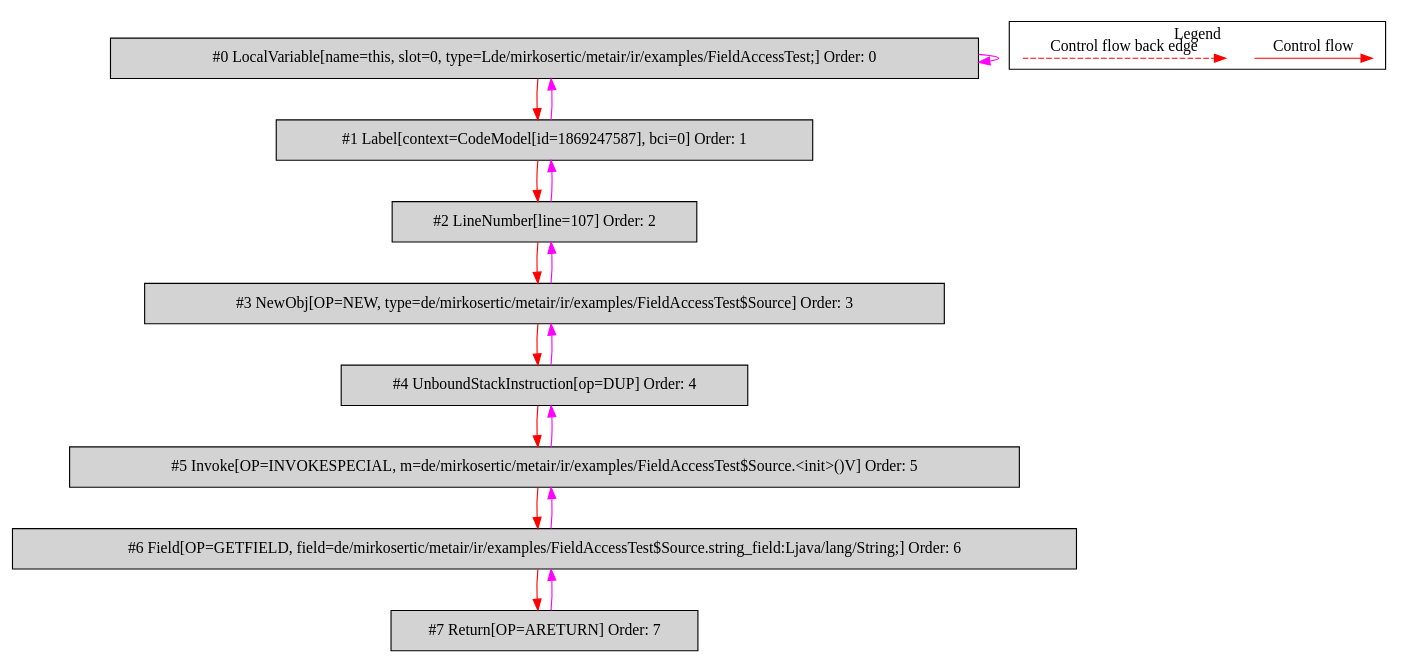
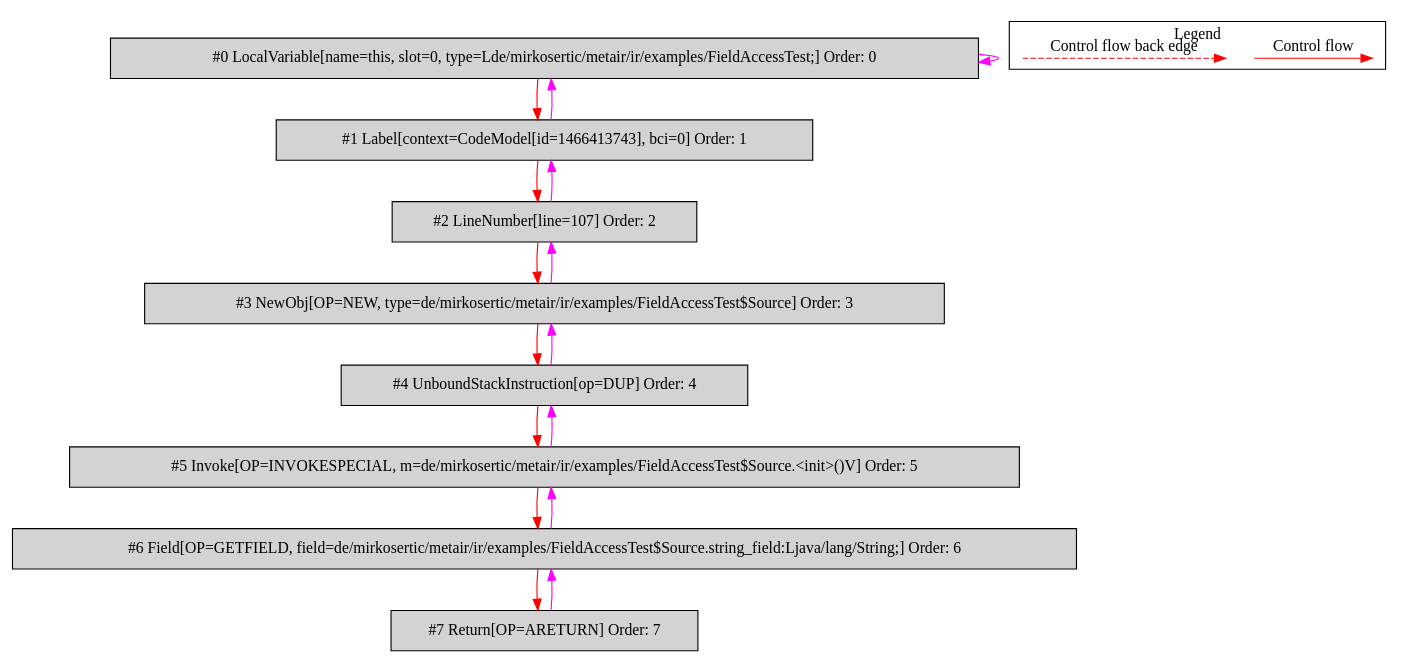
Before and after one commit to mirkosertic/MetaIR: the diagram in de.mirkosertic.metair.ir.examples.FieldAccessTest/return_string/bytecodecfg.dot, drawn with Graphviz. The commit also changed 1231 other files, not shown here.

```diff
--- a/de.mirkosertic.metair.ir.examples.FieldAccessTest/return_string/bytecodecfg.dot
+++ b/de.mirkosertic.metair.ir.examples.FieldAccessTest/return_string/bytecodecfg.dot
@@ -1,40 +1,40 @@
 digraph {
  ordering="in";
  node0[label="#0 LocalVariable[name=this, slot=0, type=Lde/mirkosertic/metair/ir/examples/FieldAccessTest;] Order: 0", shape=box, fillcolor=lightgrey, style=filled];
- node1[label="#1 Label[context=CodeModel[id=1869247587], bci=0] Order: 1", shape=box, fillcolor=lightgrey, style=filled];
+ node1[label="#1 Label[context=CodeModel[id=1466413743], bci=0] Order: 1", shape=box, fillcolor=lightgrey, style=filled];
  node2[label="#2 LineNumber[line=107] Order: 2", shape=box, fillcolor=lightgrey, style=filled];
  node3[label="#3 NewObj[OP=NEW, type=de/mirkosertic/metair/ir/examples/FieldAccessTest$Source] Order: 3", shape=box, fillcolor=lightgrey, style=filled];
  node4[label="#4 UnboundStackInstruction[op=DUP] Order: 4", shape=box, fillcolor=lightgrey, style=filled];
  node5[label="#5 Invoke[OP=INVOKESPECIAL, m=de/mirkosertic/metair/ir/examples/FieldAccessTest$Source.<init>()V] Order: 5", shape=box, fillcolor=lightgrey, style=filled];
  node6[label="#6 Field[OP=GETFIELD, field=de/mirkosertic/metair/ir/examples/FieldAccessTest$Source.string_field:Ljava/lang/String;] Order: 6", shape=box, fillcolor=lightgrey, style=filled];
  node7[label="#7 Return[OP=ARETURN] Order: 7", shape=box, fillcolor=lightgrey, style=filled];
  node0 -> node0[color=fuchsia];
  node0 -> node1[color=red];
  node1 -> node0[color=fuchsia];
  node1 -> node2[color=red];
  node2 -> node1[color=fuchsia];
  node2 -> node3[color=red];
  node3 -> node2[color=fuchsia];
  node3 -> node4[color=red];
  node4 -> node3[color=fuchsia];
  node4 -> node5[color=red];
  node5 -> node4[color=fuchsia];
  node5 -> node6[color=red];
  node6 -> node5[color=fuchsia];
  node6 -> node7[color=red];
  node7 -> node6[color=fuchsia];
  subgraph cluster_000 {
   label = "Legend";
   node [shape=point]
   {
    rank=same;
    c0 [style = invis];
    c1 [style = invis];
    c2 [style = invis];
    c3 [style = invis];
   }
   c0 -> c1 [label="Control flow", style=solid, color=red]
   c2 -> c3 [label="Control flow back edge", style=dashed, color=red]
  }
 
 }
```
